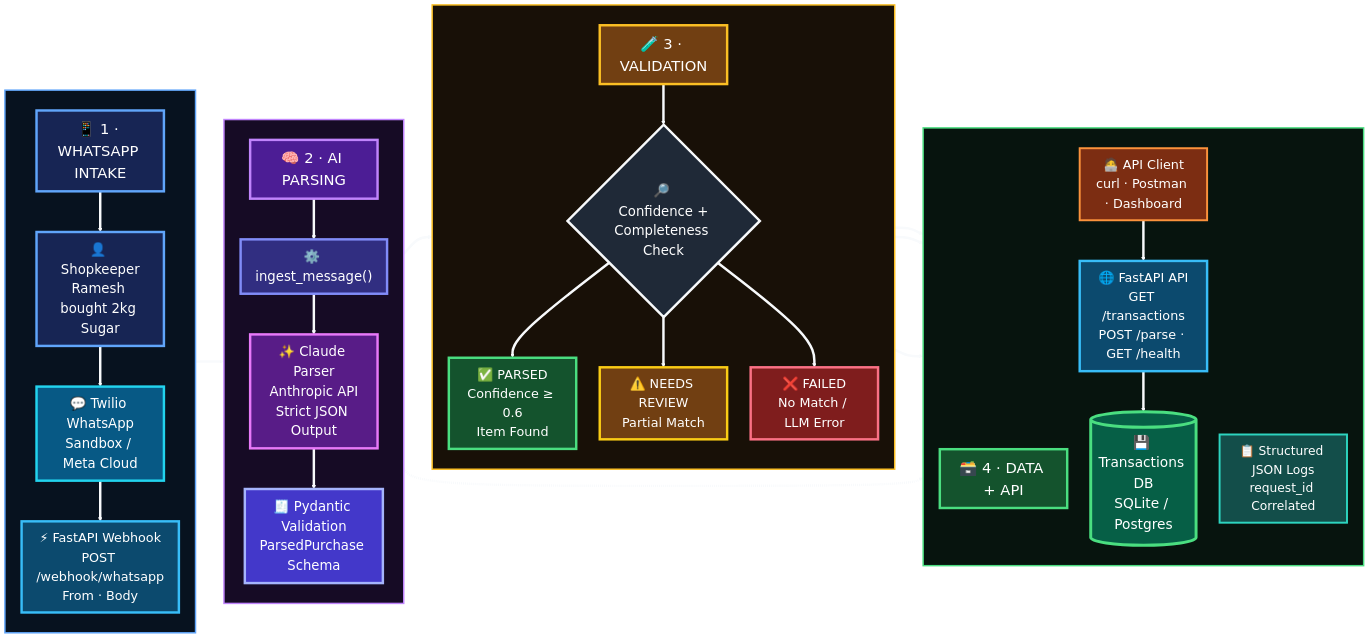
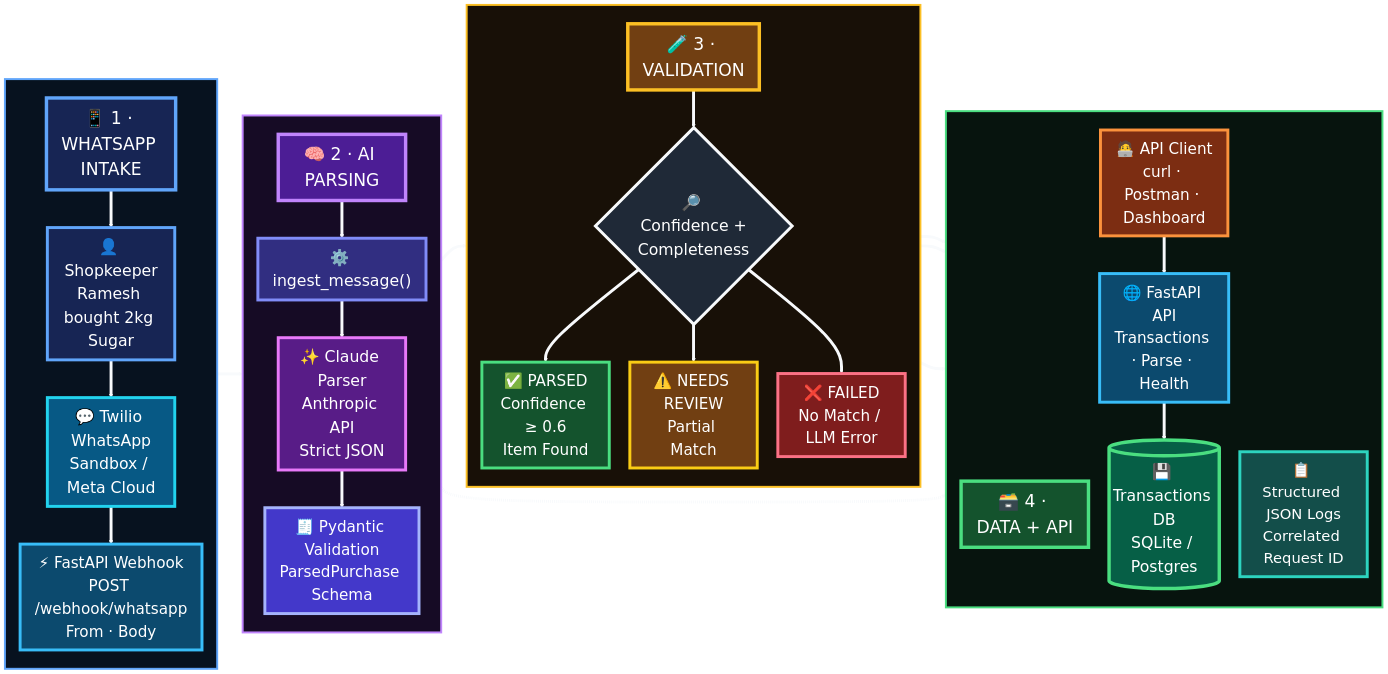
The diagram in README.md (abdul4rehman215/Bazaarsync-Whatsapp-Workflow), drawn with Mermaid before and after one commit.

Commit message:
Update font sizes and styling in README.md

````diff
--- a/README.md
+++ b/README.md
@@ -27,13 +27,13 @@
   "theme": "base",
   "themeVariables": {
     "background": "#050814",
-    "fontSize": "27px",
+    "fontSize": "32px",
     "primaryTextColor": "#ffffff",
     "lineColor": "#f8fafc"
   },
   "flowchart": {
-    "nodeSpacing": 48,
-    "rankSpacing": 58,
+    "nodeSpacing": 42,
+    "rankSpacing": 52,
     "curve": "basis"
   }
 }}%%
@@ -68,7 +68,7 @@
 
         D["⚙️ ingest_message()"]
 
-        E["✨ Claude Parser<br/>Anthropic API<br/>Strict JSON Output"]
+        E["✨ Claude Parser<br/>Anthropic API<br/>Strict JSON"]
 
         F["🧾 Pydantic Validation<br/>ParsedPurchase Schema"]
 
@@ -77,14 +77,14 @@
 
 
     %% =====================================================
-    %% 3 · VALIDATION + STATUS
+    %% 3 · VALIDATION
     %% =====================================================
     subgraph VALIDATE[" "]
         direction TB
 
         H3["🧪 3 · VALIDATION"]
 
-        G{"🔎 Confidence +<br/>Completeness Check"}
+        G{"🔎 Confidence +<br/>Completeness"}
 
         H["✅ PARSED<br/>Confidence ≥ 0.6<br/>Item Found"]
 
@@ -110,11 +110,11 @@
 
         K[("💾 Transactions DB<br/>SQLite / Postgres")]
 
-        L["📋 Structured JSON Logs<br/>request_id Correlated"]
+        L["📋 Structured JSON Logs<br/>Correlated Request ID"]
 
         M["🧑‍💻 API Client<br/>curl · Postman · Dashboard"]
 
-        N["🌐 FastAPI API<br/>GET /transactions<br/>POST /parse · GET /health"]
+        N["🌐 FastAPI API<br/>Transactions · Parse · Health"]
 
         M ==> N
         N ==> K
@@ -122,10 +122,9 @@
 
 
     %% =====================================================
-    %% MAIN CROSS-STAGE FLOW
+    %% CROSS-STAGE FLOW
     %% =====================================================
     C ==> D
-
     F ==> G
 
     H ==> K
@@ -136,15 +135,15 @@
 
 
     %% =====================================================
-    %% PREMIUM HEADER STYLES
+    %% LARGE GLOSSY HEADERS
     %% =====================================================
-    classDef intakeHeader fill:#172554,stroke:#60a5fa,stroke-width:5px,color:#ffffff,font-size:30px;
+    classDef intakeHeader fill:#172554,stroke:#60a5fa,stroke-width:7px,color:#ffffff,font-size:35px;
 
-    classDef parseHeader fill:#4c1d95,stroke:#c084fc,stroke-width:5px,color:#ffffff,font-size:30px;
+    classDef parseHeader fill:#4c1d95,stroke:#c084fc,stroke-width:7px,color:#ffffff,font-size:35px;
 
-    classDef validateHeader fill:#713f12,stroke:#fbbf24,stroke-width:5px,color:#ffffff,font-size:30px;
+    classDef validateHeader fill:#713f12,stroke:#fbbf24,stroke-width:7px,color:#ffffff,font-size:35px;
 
-    classDef dataHeader fill:#14532d,stroke:#4ade80,stroke-width:5px,color:#ffffff,font-size:30px;
+    classDef dataHeader fill:#14532d,stroke:#4ade80,stroke-width:7px,color:#ffffff,font-size:35px;
 
     class H1 intakeHeader;
     class H2 parseHeader;
@@ -153,13 +152,13 @@
 
 
     %% =====================================================
-    %% INTAKE COLORS
+    %% WHATSAPP INTAKE
     %% =====================================================
-    classDef user fill:#172554,stroke:#60a5fa,stroke-width:5px,color:#ffffff,font-size:27px;
+    classDef user fill:#172554,stroke:#60a5fa,stroke-width:6px,color:#ffffff,font-size:32px;
 
-    classDef whatsapp fill:#075985,stroke:#22d3ee,stroke-width:5px,color:#ffffff,font-size:27px;
+    classDef whatsapp fill:#075985,stroke:#22d3ee,stroke-width:6px,color:#ffffff,font-size:32px;
 
-    classDef webhook fill:#0c4a6e,stroke:#38bdf8,stroke-width:5px,color:#ffffff,font-size:26px;
+    classDef webhook fill:#0c4a6e,stroke:#38bdf8,stroke-width:6px,color:#ffffff,font-size:31px;
 
     class A user;
     class B whatsapp;
@@ -167,13 +166,13 @@
 
 
     %% =====================================================
-    %% AI PARSING COLORS
+    %% AI PARSING
     %% =====================================================
-    classDef service fill:#312e81,stroke:#818cf8,stroke-width:5px,color:#ffffff,font-size:27px;
+    classDef service fill:#312e81,stroke:#818cf8,stroke-width:6px,color:#ffffff,font-size:32px;
 
-    classDef claude fill:#581c87,stroke:#e879f9,stroke-width:5px,color:#ffffff,font-size:27px;
+    classDef claude fill:#581c87,stroke:#e879f9,stroke-width:6px,color:#ffffff,font-size:32px;
 
-    classDef schema fill:#4338ca,stroke:#a5b4fc,stroke-width:5px,color:#ffffff,font-size:27px;
+    classDef schema fill:#4338ca,stroke:#a5b4fc,stroke-width:6px,color:#ffffff,font-size:31px;
 
     class D service;
     class E claude;
@@ -181,15 +180,15 @@
 
 
     %% =====================================================
-    %% VALIDATION COLORS
+    %% VALIDATION
     %% =====================================================
-    classDef decision fill:#1f2937,stroke:#f8fafc,stroke-width:5px,color:#ffffff,font-size:27px;
+    classDef decision fill:#1f2937,stroke:#f8fafc,stroke-width:6px,color:#ffffff,font-size:32px;
 
-    classDef parsed fill:#14532d,stroke:#4ade80,stroke-width:5px,color:#ffffff,font-size:26px;
+    classDef parsed fill:#14532d,stroke:#4ade80,stroke-width:6px,color:#ffffff,font-size:31px;
 
-    classDef review fill:#713f12,stroke:#facc15,stroke-width:5px,color:#ffffff,font-size:26px;
+    classDef review fill:#713f12,stroke:#facc15,stroke-width:6px,color:#ffffff,font-size:31px;
 
-    classDef failed fill:#7f1d1d,stroke:#fb7185,stroke-width:5px,color:#ffffff,font-size:26px;
+    classDef failed fill:#7f1d1d,stroke:#fb7185,stroke-width:6px,color:#ffffff,font-size:31px;
 
     class G decision;
     class H parsed;
@@ -198,15 +197,15 @@
 
 
     %% =====================================================
-    %% DATA + API COLORS
+    %% DATA + API
     %% =====================================================
-    classDef database fill:#065f46,stroke:#4ade80,stroke-width:6px,color:#ffffff,font-size:28px;
+    classDef database fill:#065f46,stroke:#4ade80,stroke-width:7px,color:#ffffff,font-size:32px;
 
-    classDef logs fill:#134e4a,stroke:#2dd4bf,stroke-width:4px,color:#ffffff,font-size:25px;
+    classDef logs fill:#134e4a,stroke:#2dd4bf,stroke-width:6px,color:#ffffff,font-size:30px;
 
-    classDef client fill:#7c2d12,stroke:#fb923c,stroke-width:4px,color:#ffffff,font-size:26px;
+    classDef client fill:#7c2d12,stroke:#fb923c,stroke-width:6px,color:#ffffff,font-size:31px;
 
-    classDef api fill:#0c4a6e,stroke:#38bdf8,stroke-width:5px,color:#ffffff,font-size:26px;
+    classDef api fill:#0c4a6e,stroke:#38bdf8,stroke-width:6px,color:#ffffff,font-size:31px;
 
     class K database;
     class L logs;
@@ -215,16 +214,16 @@
 
 
     %% =====================================================
-    %% GLOSSY CONTAINER PANELS
+    %% PREMIUM GLOSSY PANELS
     %% =====================================================
-    style INTAKE fill:#07121f,stroke:#60a5fa,stroke-width:3px
-    style PARSE fill:#160b25,stroke:#c084fc,stroke-width:3px
-    style VALIDATE fill:#181007,stroke:#fbbf24,stroke-width:3px
-    style DATA fill:#07140e,stroke:#4ade80,stroke-width:3px
+    style INTAKE fill:#07121f,stroke:#60a5fa,stroke-width:4px
+    style PARSE fill:#160b25,stroke:#c084fc,stroke-width:4px
+    style VALIDATE fill:#181007,stroke:#fbbf24,stroke-width:4px
+    style DATA fill:#07140e,stroke:#4ade80,stroke-width:4px
 
 
     %% =====================================================
-    %% BRIGHT CONNECTORS
+    %% THICK BRIGHT CONNECTORS
     %% =====================================================
-    linkStyle default stroke:#f8fafc,stroke-width:5px;
+    linkStyle default stroke:#f8fafc,stroke-width:6px;
 ```
````
